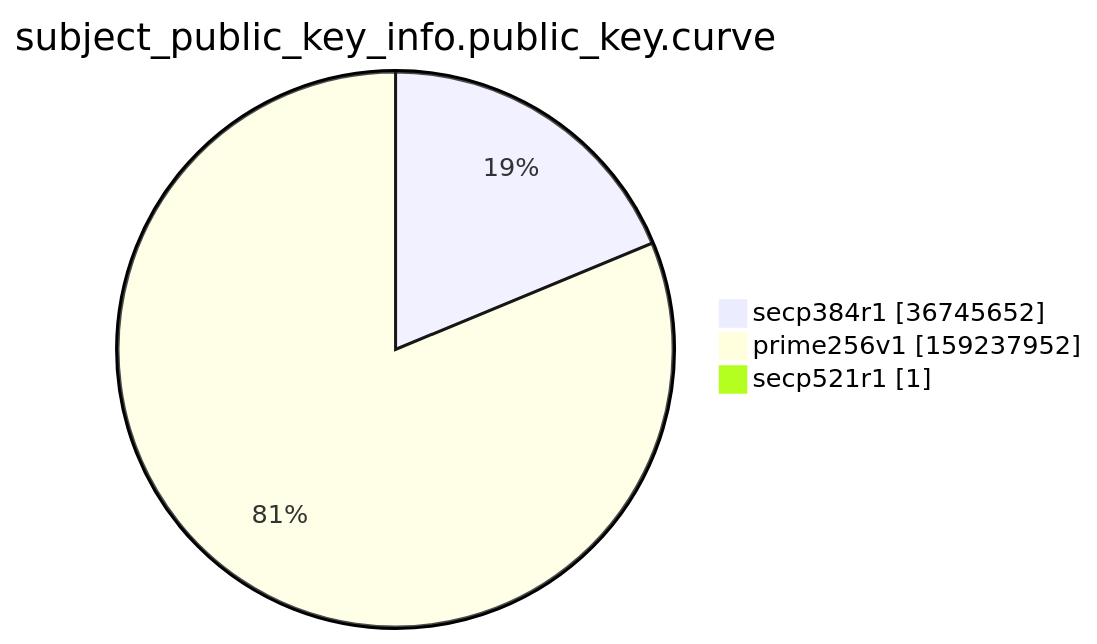
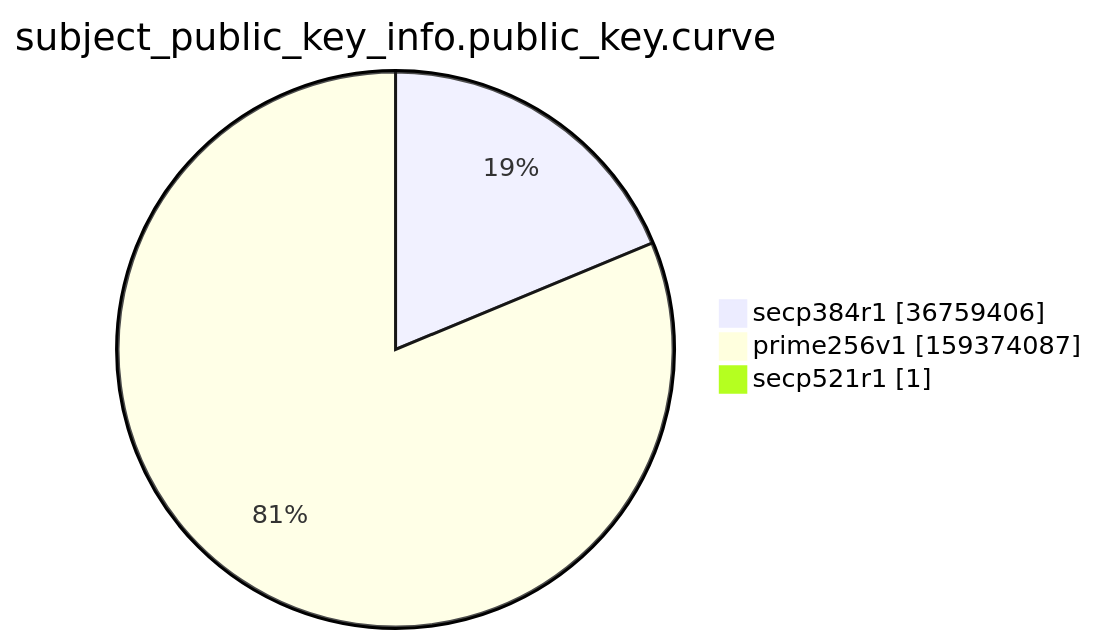
The ninth of 15 diagrams in argon2022/README.md (christiankrug/ctmonitor_visualization), drawn with Mermaid before and after one commit. The commit also changed other lines of this file, not shown here.

````diff
--- a/argon2022/README.md
+++ b/argon2022/README.md
@@ -2766,7 +2766,7 @@
 ```mermaid
 pie showData
 title subject_public_key_info.public_key.curve
-"secp384r1" :36745652
-"prime256v1" :159237952
+"secp384r1" :36759406
+"prime256v1" :159374087
 "secp521r1" :1
 ```
````
